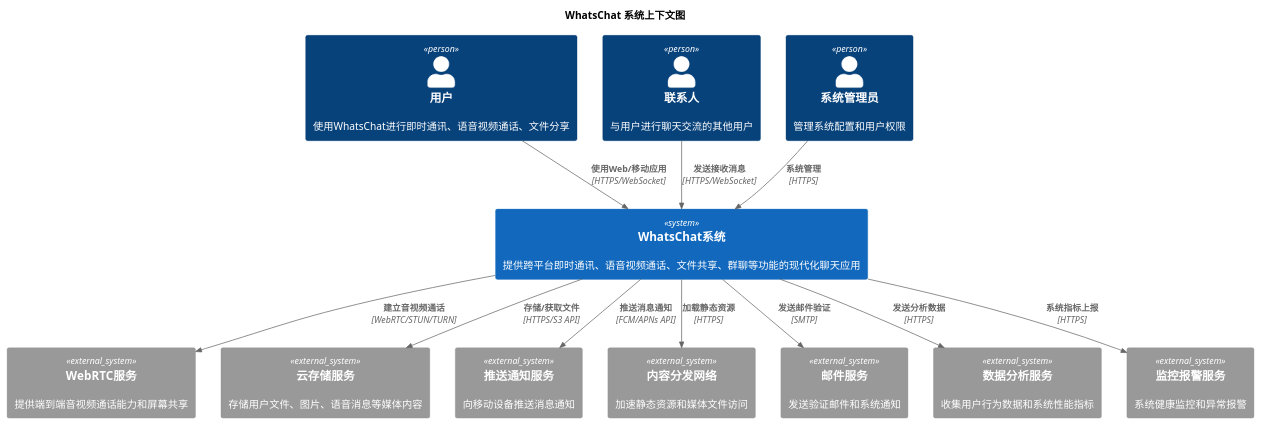
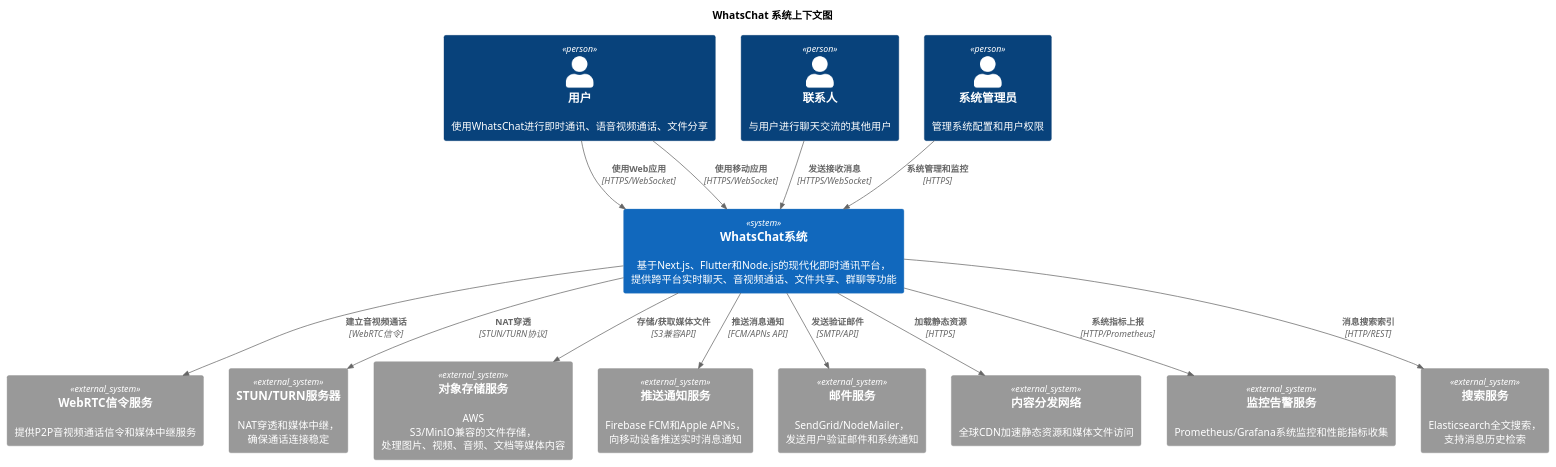
The diagram in docs/01-system-context.puml (felixzhu97/whatschat), drawn with PlantUML before and after one commit. The commit also changed 6 other files, not shown here.

First line of the commit message:
docs: Update architecture diagrams with detailed technical specifications

```diff
--- a/docs/01-system-context.puml
+++ b/docs/01-system-context.puml
@@ -1,32 +1,35 @@
 @startuml
 !include https://raw.githubusercontent.com/plantuml-stdlib/C4-PlantUML/master/C4_Context.puml
 
 title WhatsChat 系统上下文图
 
 Person(user, "用户", "使用WhatsChat进行即时通讯、语音视频通话、文件分享")
 Person(contact, "联系人", "与用户进行聊天交流的其他用户")
 Person(admin, "系统管理员", "管理系统配置和用户权限")
 
-System(whatsChat, "WhatsChat系统", "提供跨平台即时通讯、语音视频通话、文件共享、群聊等功能的现代化聊天应用")
+System(whatsChat, "WhatsChat系统", "基于Next.js、Flutter和Node.js的现代化即时通讯平台，提供跨平台实时聊天、音视频通话、文件共享、群聊等功能")
 
-System_Ext(webrtc, "WebRTC服务", "提供端到端音视频通话能力和屏幕共享")
-System_Ext(storage, "云存储服务", "存储用户文件、图片、语音消息等媒体内容")
-System_Ext(pushNotification, "推送通知服务", "向移动设备推送消息通知")
-System_Ext(cdn, "内容分发网络", "加速静态资源和媒体文件访问")
-System_Ext(email, "邮件服务", "发送验证邮件和系统通知")
-System_Ext(analytics, "数据分析服务", "收集用户行为数据和系统性能指标")
-System_Ext(monitoring, "监控报警服务", "系统健康监控和异常报警")
+System_Ext(webrtcService, "WebRTC信令服务", "提供P2P音视频通话信令和媒体中继服务")
+System_Ext(stunTurnServer, "STUN/TURN服务器", "NAT穿透和媒体中继，确保通话连接稳定")
+System_Ext(fileStorage, "对象存储服务", "AWS S3/MinIO兼容的文件存储，处理图片、视频、音频、文档等媒体内容")
+System_Ext(pushService, "推送通知服务", "Firebase FCM和Apple APNs，向移动设备推送实时消息通知")
+System_Ext(emailService, "邮件服务", "SendGrid/NodeMailer，发送用户验证邮件和系统通知")
+System_Ext(cdn, "内容分发网络", "全球CDN加速静态资源和媒体文件访问")
+System_Ext(monitoring, "监控告警服务", "Prometheus/Grafana系统监控和性能指标收集")
+System_Ext(searchService, "搜索服务", "Elasticsearch全文搜索，支持消息历史检索")
 
-Rel(user, whatsChat, "使用Web/移动应用", "HTTPS/WebSocket")
+Rel(user, whatsChat, "使用Web应用", "HTTPS/WebSocket")
+Rel(user, whatsChat, "使用移动应用", "HTTPS/WebSocket")
 Rel(contact, whatsChat, "发送接收消息", "HTTPS/WebSocket")
-Rel(admin, whatsChat, "系统管理", "HTTPS")
+Rel(admin, whatsChat, "系统管理和监控", "HTTPS")
 
-Rel(whatsChat, webrtc, "建立音视频通话", "WebRTC/STUN/TURN")
-Rel(whatsChat, storage, "存储/获取文件", "HTTPS/S3 API")
-Rel(whatsChat, pushNotification, "推送消息通知", "FCM/APNs API")
+Rel(whatsChat, webrtcService, "建立音视频通话", "WebRTC信令")
+Rel(whatsChat, stunTurnServer, "NAT穿透", "STUN/TURN协议")
+Rel(whatsChat, fileStorage, "存储/获取媒体文件", "S3兼容API")
+Rel(whatsChat, pushService, "推送消息通知", "FCM/APNs API")
+Rel(whatsChat, emailService, "发送验证邮件", "SMTP/API")
 Rel(whatsChat, cdn, "加载静态资源", "HTTPS")
-Rel(whatsChat, email, "发送邮件验证", "SMTP")
-Rel(whatsChat, analytics, "发送分析数据", "HTTPS")
-Rel(whatsChat, monitoring, "系统指标上报", "HTTPS")
+Rel(whatsChat, monitoring, "系统指标上报", "HTTP/Prometheus")
+Rel(whatsChat, searchService, "消息搜索索引", "HTTP/REST")
 
 @enduml 
```
